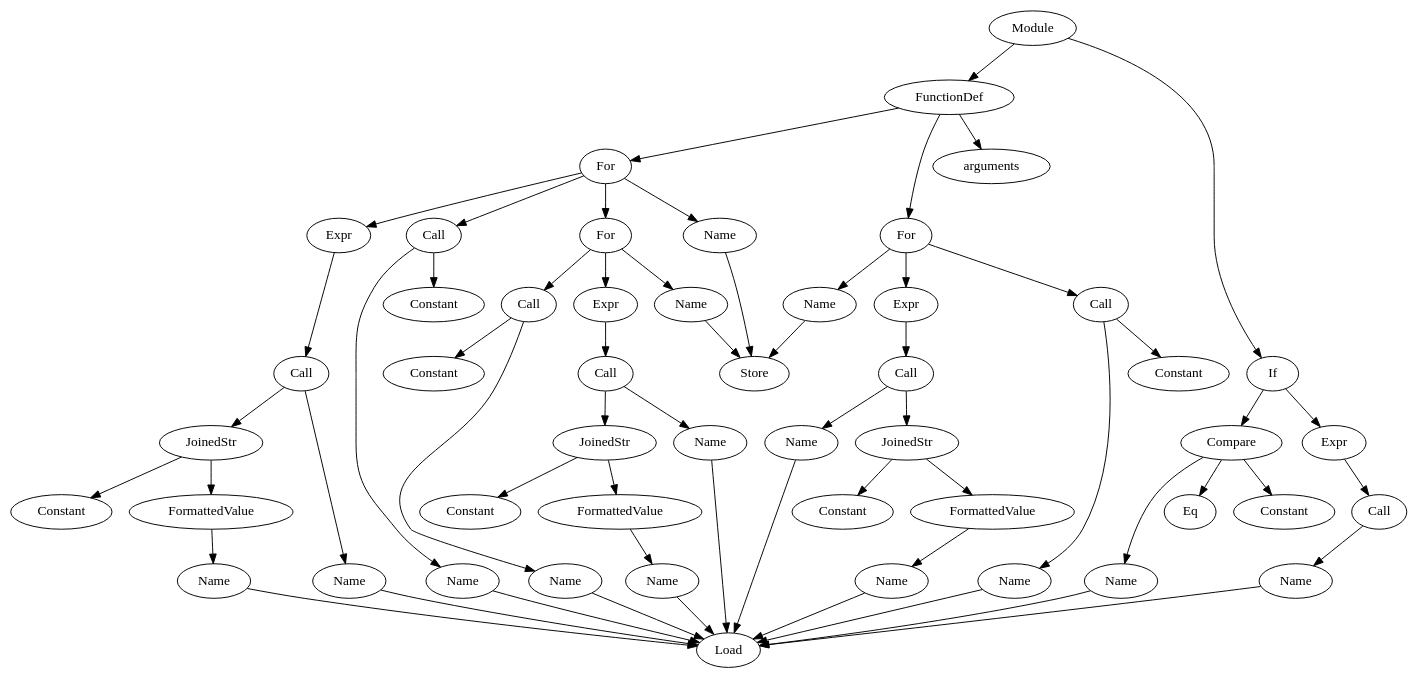
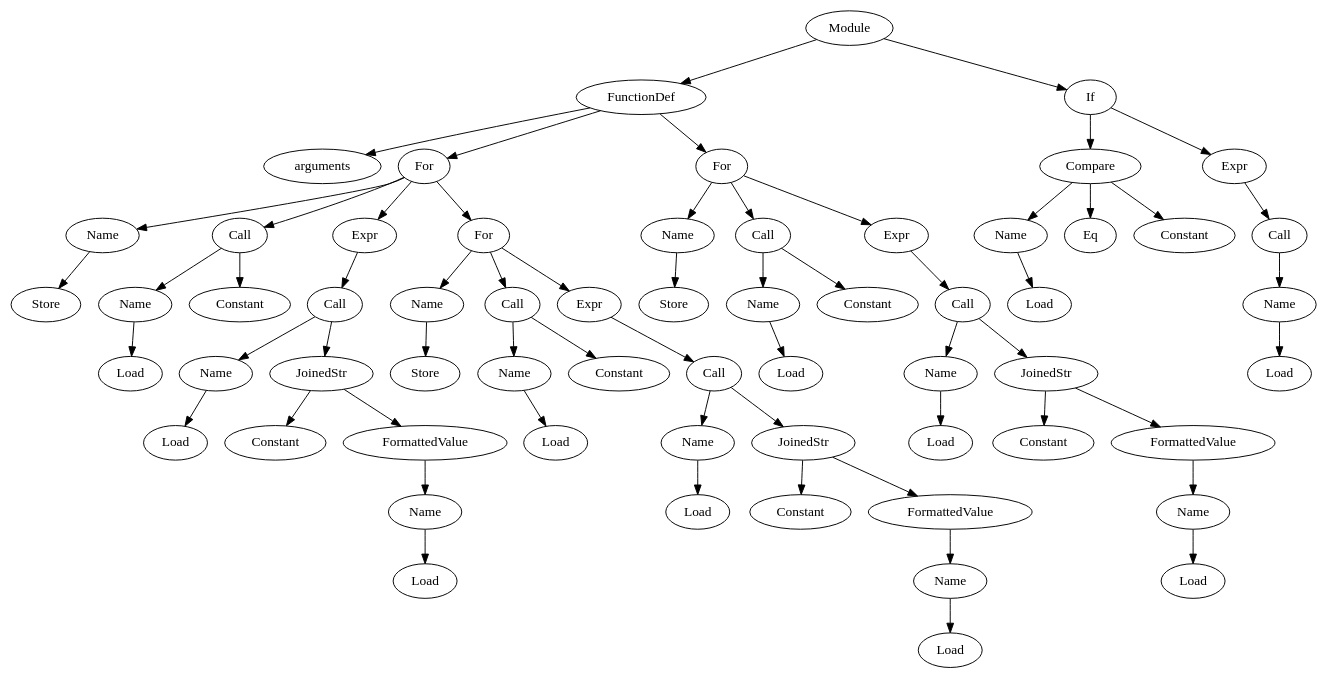
One commit to UnTea/Compiler-ish changed the diagram in output/output.dot. Above: the diagram before and after it, drawn with Graphviz. The commit also changed 2 other files, not shown here.

Commit message:
add file for graph representation

```diff
--- a/output/output.dot
+++ b/output/output.dot
@@ -1,123 +1,123 @@
 digraph AST {
-    92969704445 [label = "Module"]
-    92969704442 [label = "FunctionDef"]
-    92969704445 -> 92969704442
-    92969704436 [label = "arguments"]
-    92969704442 -> 92969704436
-    92969704433 [label = "For"]
-    92969704442 -> 92969704433
-    92969704430 [label = "Name"]
-    92969704433 -> 92969704430
-    92969703431 [label = "Store"]
-    92969704430 -> 92969703431
-    92969704424 [label = "Call"]
-    92969704433 -> 92969704424
-    92969704421 [label = "Name"]
-    92969704424 -> 92969704421
-    92969703437 [label = "Load"]
-    92969704421 -> 92969703437
-    92969704415 [label = "Constant"]
-    92969704424 -> 92969704415
-    92969704418 [label = "Expr"]
-    92969704433 -> 92969704418
-    92969704412 [label = "Call"]
-    92969704418 -> 92969704412
-    92969704409 [label = "Name"]
-    92969704412 -> 92969704409
-    92969703437 [label = "Load"]
-    92969704409 -> 92969703437
-    92969704406 [label = "JoinedStr"]
-    92969704412 -> 92969704406
-    92969704391 [label = "Constant"]
-    92969704406 -> 92969704391
-    92969704388 [label = "FormattedValue"]
-    92969704406 -> 92969704388
-    92969704385 [label = "Name"]
-    92969704388 -> 92969704385
-    92969703437 [label = "Load"]
-    92969704385 -> 92969703437
-    92969704376 [label = "For"]
-    92969704433 -> 92969704376
-    92969704373 [label = "Name"]
-    92969704376 -> 92969704373
-    92969703431 [label = "Store"]
-    92969704373 -> 92969703431
-    92969704364 [label = "Call"]
-    92969704376 -> 92969704364
-    92969704358 [label = "Name"]
-    92969704364 -> 92969704358
-    92969703437 [label = "Load"]
-    92969704358 -> 92969703437
-    92969704301 [label = "Constant"]
-    92969704364 -> 92969704301
-    92969475934 [label = "Expr"]
-    92969704376 -> 92969475934
-    92969475943 [label = "Call"]
-    92969475934 -> 92969475943
-    92969475952 [label = "Name"]
-    92969475943 -> 92969475952
-    92969703437 [label = "Load"]
-    92969475952 -> 92969703437
-    92969475967 [label = "JoinedStr"]
-    92969475943 -> 92969475967
-    92969476003 [label = "Constant"]
-    92969475967 -> 92969476003
-    92969726298 [label = "FormattedValue"]
-    92969475967 -> 92969726298
-    92969726295 [label = "Name"]
-    92969726298 -> 92969726295
-    92969703437 [label = "Load"]
-    92969726295 -> 92969703437
-    92969704427 [label = "For"]
-    92969704442 -> 92969704427
-    92969704370 [label = "Name"]
-    92969704427 -> 92969704370
-    92969703431 [label = "Store"]
-    92969704370 -> 92969703431
-    92969726286 [label = "Call"]
-    92969704427 -> 92969726286
-    92969726283 [label = "Name"]
-    92969726286 -> 92969726283
-    92969703437 [label = "Load"]
-    92969726283 -> 92969703437
-    92969726280 [label = "Constant"]
-    92969726286 -> 92969726280
-    92969726277 [label = "Expr"]
-    92969704427 -> 92969726277
-    92969726274 [label = "Call"]
-    92969726277 -> 92969726274
-    92969726271 [label = "Name"]
-    92969726274 -> 92969726271
-    92969703437 [label = "Load"]
-    92969726271 -> 92969703437
-    92969726268 [label = "JoinedStr"]
-    92969726274 -> 92969726268
-    92969726265 [label = "Constant"]
-    92969726268 -> 92969726265
-    92969726262 [label = "FormattedValue"]
-    92969726268 -> 92969726262
-    92969726259 [label = "Name"]
-    92969726262 -> 92969726259
-    92969703437 [label = "Load"]
-    92969726259 -> 92969703437
-    92969704439 [label = "If"]
-    92969704445 -> 92969704439
-    92969726250 [label = "Compare"]
-    92969704439 -> 92969726250
-    92969726247 [label = "Name"]
-    92969726250 -> 92969726247
-    92969703437 [label = "Load"]
-    92969726247 -> 92969703437
-    92969703716 [label = "Eq"]
-    92969726250 -> 92969703716
-    92969726241 [label = "Constant"]
-    92969726250 -> 92969726241
-    92969726238 [label = "Expr"]
-    92969704439 -> 92969726238
-    92969726235 [label = "Call"]
-    92969726238 -> 92969726235
-    92969726232 [label = "Name"]
-    92969726235 -> 92969726232
-    92969703437 [label = "Load"]
-    92969726232 -> 92969703437
+"0" [label="Module"]
+"0" -> "1"
+"1" [label="FunctionDef"]
+"1" -> "2"
+"2" [label="arguments"]
+"1" -> "3"
+"3" [label="For"]
+"3" -> "4"
+"4" [label="Name"]
+"4" -> "5"
+"5" [label="Store"]
+"3" -> "6"
+"6" [label="Call"]
+"6" -> "7"
+"7" [label="Name"]
+"7" -> "8"
+"8" [label="Load"]
+"6" -> "9"
+"9" [label="Constant"]
+"3" -> "10"
+"10" [label="Expr"]
+"10" -> "11"
+"11" [label="Call"]
+"11" -> "12"
+"12" [label="Name"]
+"12" -> "13"
+"13" [label="Load"]
+"11" -> "14"
+"14" [label="JoinedStr"]
+"14" -> "15"
+"15" [label="Constant"]
+"14" -> "16"
+"16" [label="FormattedValue"]
+"16" -> "17"
+"17" [label="Name"]
+"17" -> "18"
+"18" [label="Load"]
+"3" -> "19"
+"19" [label="For"]
+"19" -> "20"
+"20" [label="Name"]
+"20" -> "21"
+"21" [label="Store"]
+"19" -> "22"
+"22" [label="Call"]
+"22" -> "23"
+"23" [label="Name"]
+"23" -> "24"
+"24" [label="Load"]
+"22" -> "25"
+"25" [label="Constant"]
+"19" -> "26"
+"26" [label="Expr"]
+"26" -> "27"
+"27" [label="Call"]
+"27" -> "28"
+"28" [label="Name"]
+"28" -> "29"
+"29" [label="Load"]
+"27" -> "30"
+"30" [label="JoinedStr"]
+"30" -> "31"
+"31" [label="Constant"]
+"30" -> "32"
+"32" [label="FormattedValue"]
+"32" -> "33"
+"33" [label="Name"]
+"33" -> "34"
+"34" [label="Load"]
+"1" -> "35"
+"35" [label="For"]
+"35" -> "36"
+"36" [label="Name"]
+"36" -> "37"
+"37" [label="Store"]
+"35" -> "38"
+"38" [label="Call"]
+"38" -> "39"
+"39" [label="Name"]
+"39" -> "40"
+"40" [label="Load"]
+"38" -> "41"
+"41" [label="Constant"]
+"35" -> "42"
+"42" [label="Expr"]
+"42" -> "43"
+"43" [label="Call"]
+"43" -> "44"
+"44" [label="Name"]
+"44" -> "45"
+"45" [label="Load"]
+"43" -> "46"
+"46" [label="JoinedStr"]
+"46" -> "47"
+"47" [label="Constant"]
+"46" -> "48"
+"48" [label="FormattedValue"]
+"48" -> "49"
+"49" [label="Name"]
+"49" -> "50"
+"50" [label="Load"]
+"0" -> "51"
+"51" [label="If"]
+"51" -> "52"
+"52" [label="Compare"]
+"52" -> "53"
+"53" [label="Name"]
+"53" -> "54"
+"54" [label="Load"]
+"52" -> "55"
+"55" [label="Eq"]
+"52" -> "56"
+"56" [label="Constant"]
+"51" -> "57"
+"57" [label="Expr"]
+"57" -> "58"
+"58" [label="Call"]
+"58" -> "59"
+"59" [label="Name"]
+"59" -> "60"
+"60" [label="Load"]
 }
```
